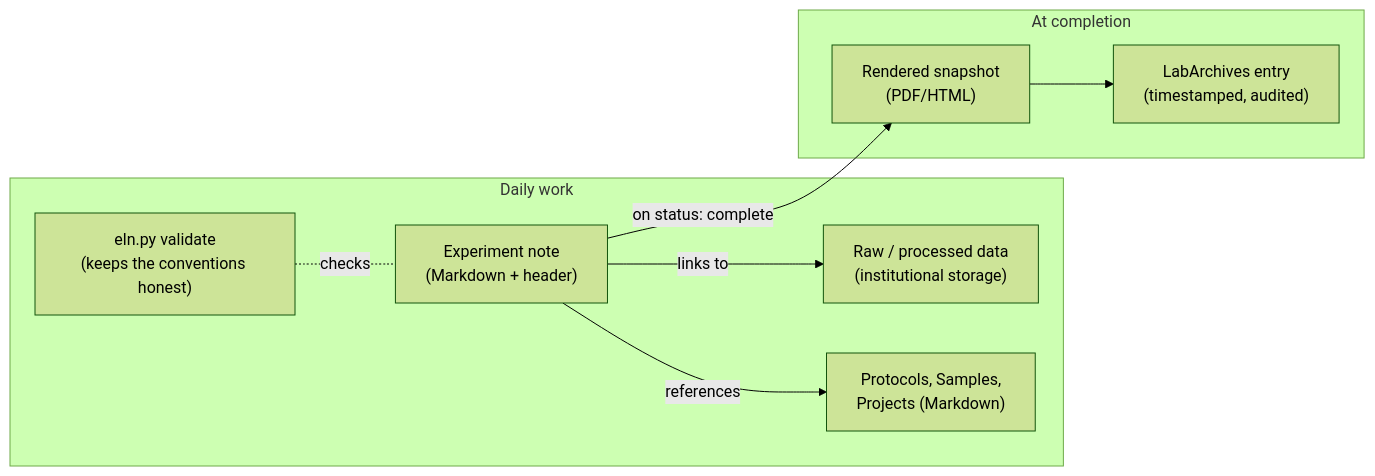
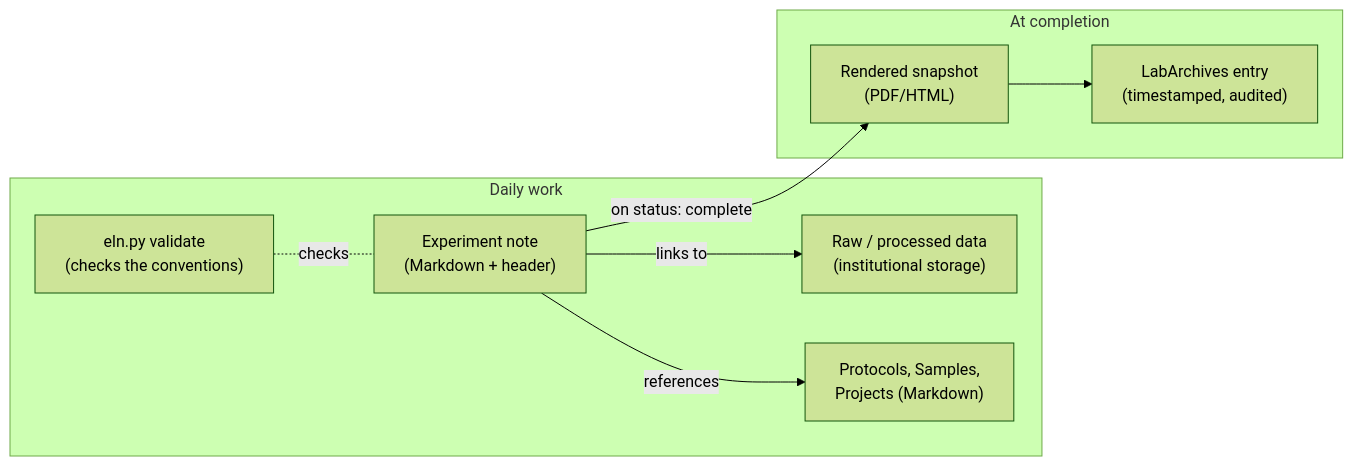
The diagram in docs/design-notes.md (Shechterlab/AI_ELN), drawn with Mermaid (forest theme) before and after one commit. The commit also changed other lines of this file and 33 other files, not shown here.

````diff
--- a/docs/design-notes.md
+++ b/docs/design-notes.md
@@ -18,17 +20,17 @@
 ```mermaid
 flowchart LR
     subgraph Daily["Daily work"]
         A["Experiment note<br/>(Markdown + header)"]
         B["Raw / processed data<br/>(institutional storage)"]
         C["Protocols, Samples,<br/>Projects (Markdown)"]
-        V["eln.py validate<br/>(keeps the conventions honest)"]
+        V["eln.py validate<br/>(checks the conventions)"]
     end
     subgraph Archive["At completion"]
         D["Rendered snapshot<br/>(PDF/HTML)"]
         E["LabArchives entry<br/>(timestamped, audited)"]
     end
     A -- links to --> B
     A -- references --> C
     V -.checks.- A
     A -- "on status: complete" --> D --> E
 ```
````
